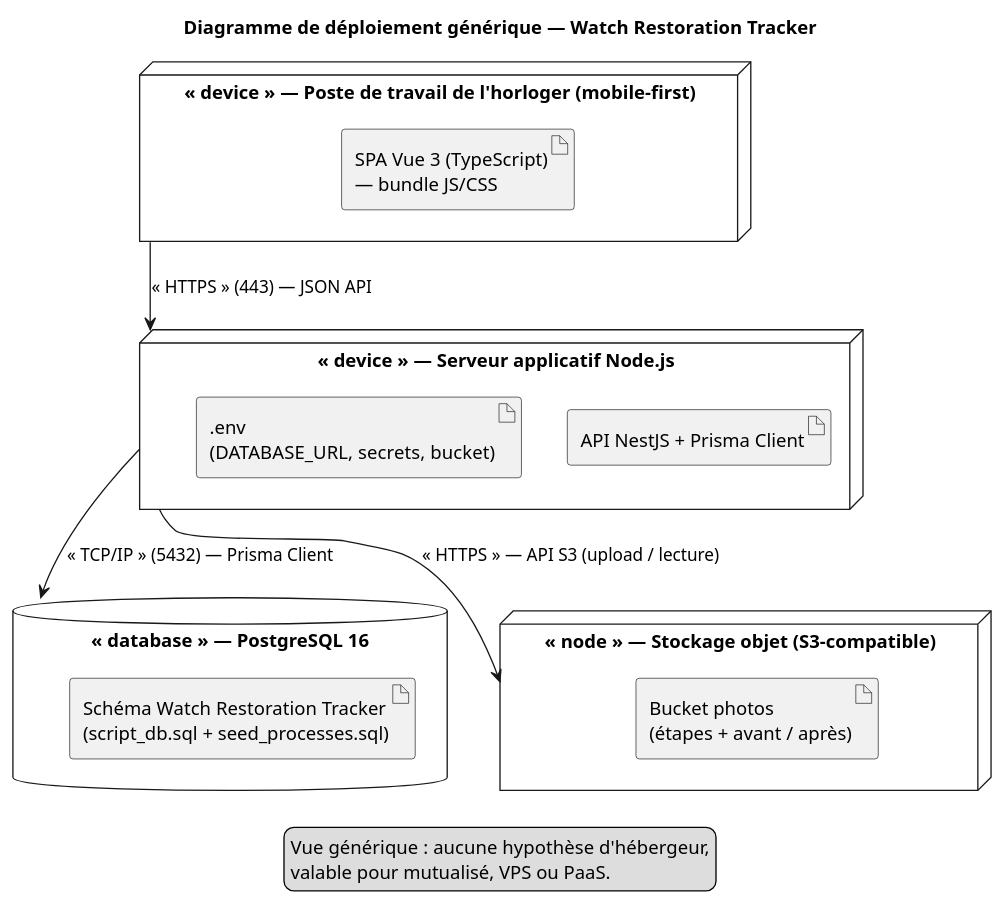
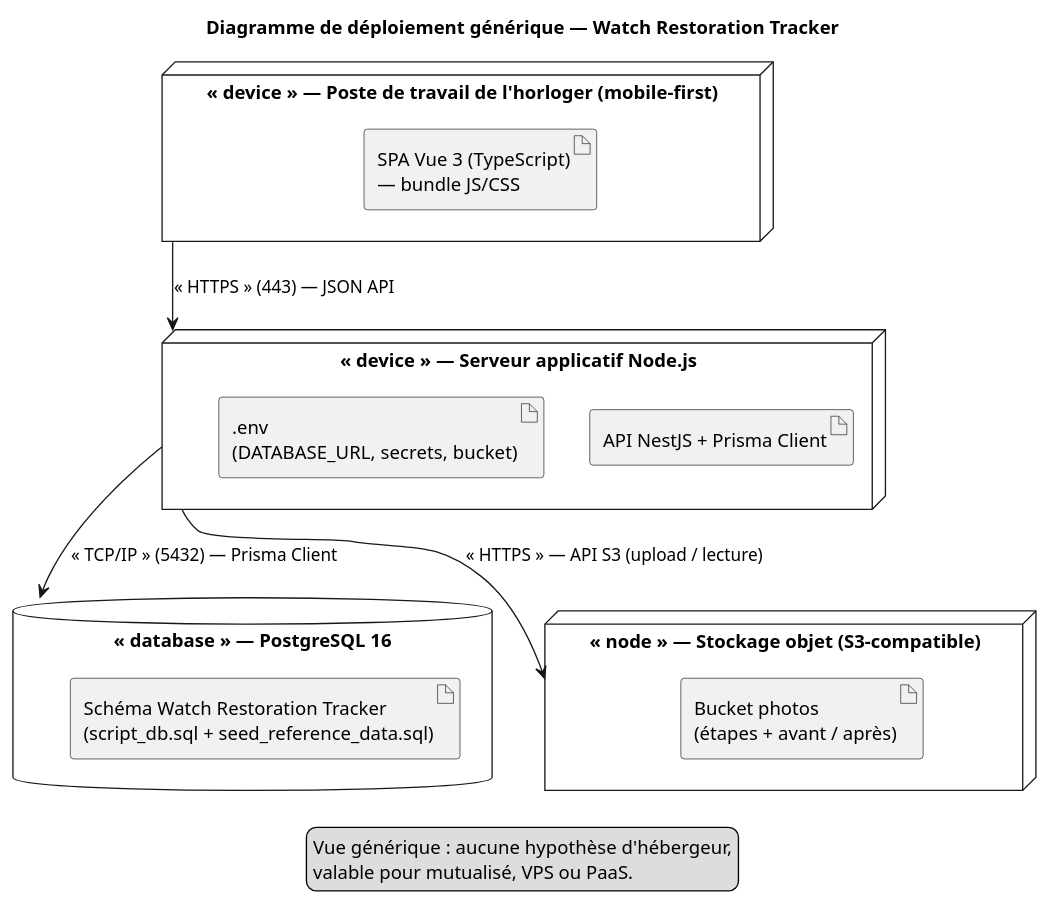
The first of 2 diagrams in docs/diagramme-deploiement.puml (Akkamian/Projet_final_CDA), drawn with PlantUML before and after one commit. The commit also changed 1 other file, not shown here.

Commit message:
docs : met à jour le diagramme de déploiement (seed_reference_data.sql)

```diff
--- a/docs/diagramme-deploiement.puml
+++ b/docs/diagramme-deploiement.puml
@@ -10,30 +10,30 @@
 @startuml
 title Diagramme de déploiement générique — Watch Restoration Tracker
 
 node "« device » — Poste de travail de l'horloger (mobile-first)" as client {
     artifact "SPA Vue 3 (TypeScript)\n— bundle JS/CSS" as spa
 }
 
 node "« device » — Serveur applicatif Node.js" as app {
     artifact "API NestJS + Prisma Client" as api
     artifact ".env\n(DATABASE_URL, secrets, bucket)" as env
 }
 
 database "« database » — PostgreSQL 16" as pg {
-    artifact "Schéma Watch Restoration Tracker\n(script_db.sql + seed_processes.sql)" as schema
+    artifact "Schéma Watch Restoration Tracker\n(script_db.sql + seed_reference_data.sql)" as schema
 }
 
 node "« node » — Stockage objet (S3-compatible)" as store {
     artifact "Bucket photos\n(étapes + avant / après)" as bucket
 }
 
 client --> app : « HTTPS » (443) — JSON API
 app --> pg : « TCP/IP » (5432) — Prisma Client
 app --> store : « HTTPS » — API S3 (upload / lecture)
 
 legend bottom
   Vue générique : aucune hypothèse d'hébergeur,
   valable pour mutualisé, VPS ou PaaS.
 endlegend
 
 @enduml
```
